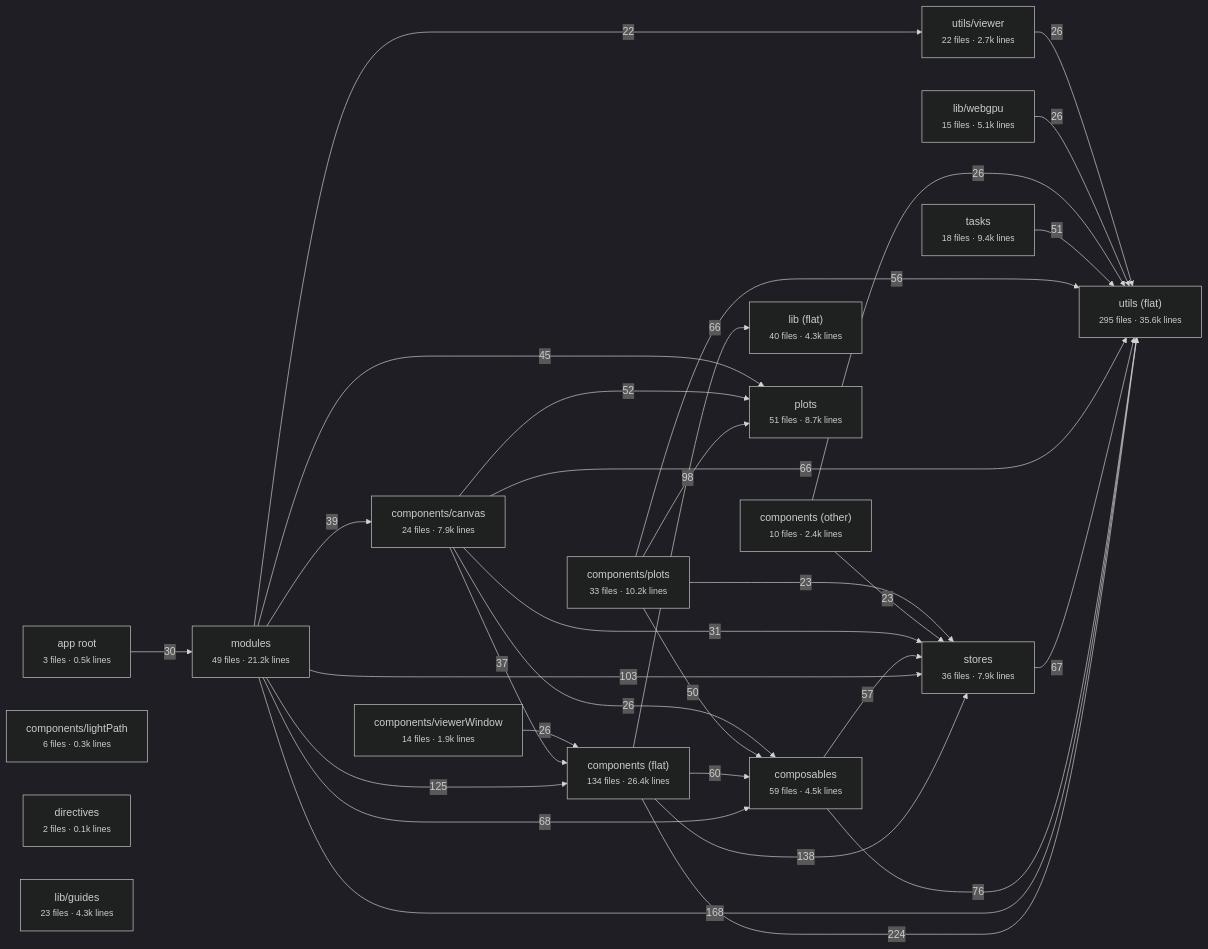
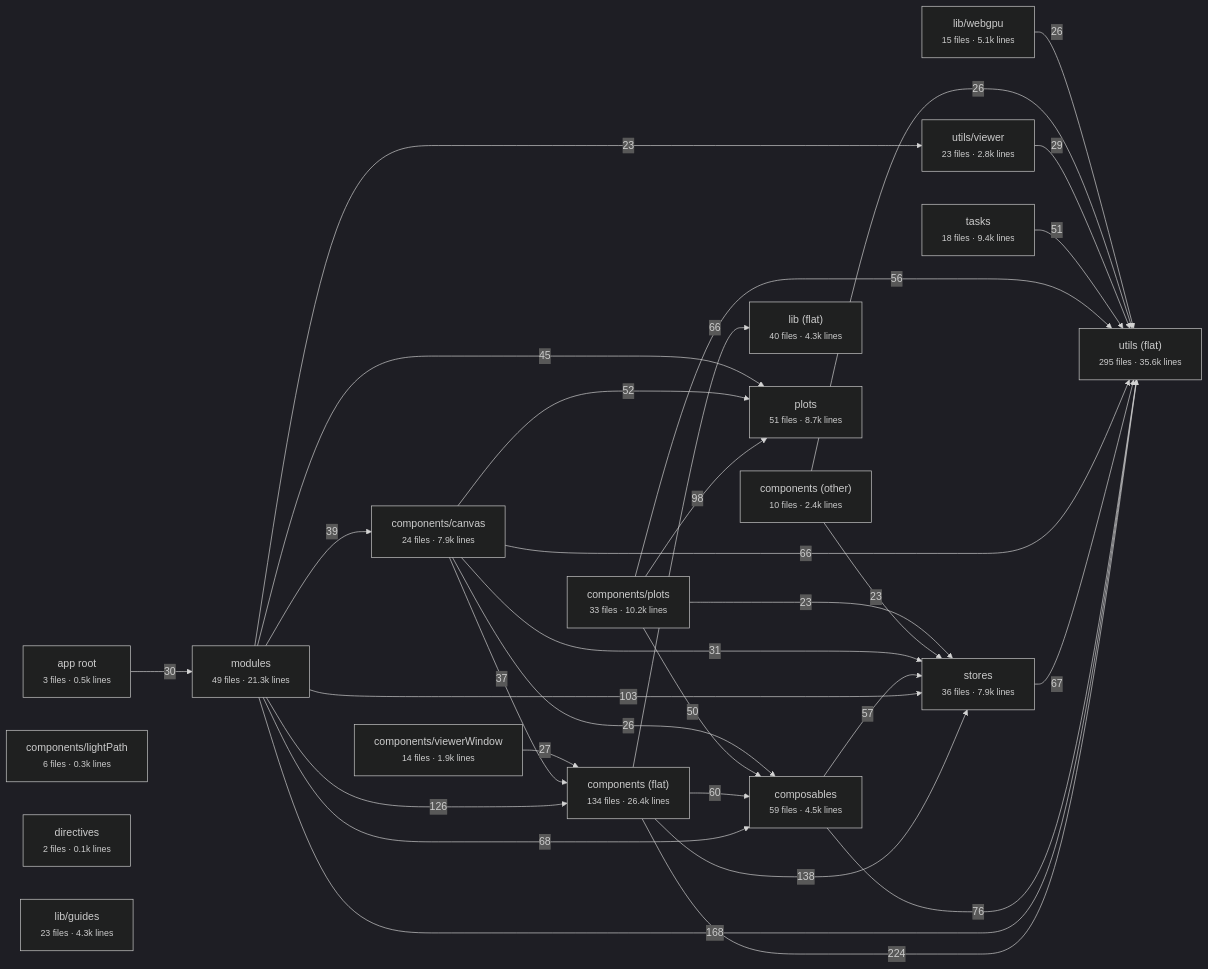
The diagram in docs/architecture/vue/layers.md (schienstockd/cecelia), drawn with Mermaid (dark theme) before and after one commit. The commit also changed other lines of this file and 78 other files, not shown here.

````diff
--- a/docs/architecture/vue/layers.md
+++ b/docs/architecture/vue/layers.md
@@ -10,51 +10,51 @@
 ```mermaid
 flowchart LR
   app_root["app root<br/><small>3 files · 0.5k lines</small>"]
   components__flat_["components (flat)<br/><small>134 files · 26.4k lines</small>"]
   components__other_["components (other)<br/><small>10 files · 2.4k lines</small>"]
   components_canvas["components/canvas<br/><small>24 files · 7.9k lines</small>"]
   components_lightPath["components/lightPath<br/><small>6 files · 0.3k lines</small>"]
   components_plots["components/plots<br/><small>33 files · 10.2k lines</small>"]
   components_viewerWindow["components/viewerWindow<br/><small>14 files · 1.9k lines</small>"]
   composables["composables<br/><small>59 files · 4.5k lines</small>"]
   directives["directives<br/><small>2 files · 0.1k lines</small>"]
   lib__flat_["lib (flat)<br/><small>40 files · 4.3k lines</small>"]
   lib_guides["lib/guides<br/><small>23 files · 4.3k lines</small>"]
   lib_webgpu["lib/webgpu<br/><small>15 files · 5.1k lines</small>"]
-  modules["modules<br/><small>49 files · 21.2k lines</small>"]
+  modules["modules<br/><small>49 files · 21.3k lines</small>"]
   plots["plots<br/><small>51 files · 8.7k lines</small>"]
   stores["stores<br/><small>36 files · 7.9k lines</small>"]
   tasks["tasks<br/><small>18 files · 9.4k lines</small>"]
   utils__flat_["utils (flat)<br/><small>295 files · 35.6k lines</small>"]
-  utils_viewer["utils/viewer<br/><small>22 files · 2.7k lines</small>"]
+  utils_viewer["utils/viewer<br/><small>23 files · 2.8k lines</small>"]
   components__flat_ -->|224| utils__flat_
   modules -->|168| utils__flat_
   components__flat_ -->|138| stores
-  modules -->|125| components__flat_
+  modules -->|126| components__flat_
   modules -->|103| stores
   components_plots -->|98| plots
   composables -->|76| utils__flat_
   modules -->|68| composables
   stores -->|67| utils__flat_
   components__flat_ -->|66| lib__flat_
   components_canvas -->|66| utils__flat_
   components__flat_ -->|60| composables
   composables -->|57| stores
   components_plots -->|56| utils__flat_
   components_canvas -->|52| plots
   tasks -->|51| utils__flat_
   components_plots -->|50| composables
   modules -->|45| plots
   modules -->|39| components_canvas
   components_canvas -->|37| components__flat_
   components_canvas -->|31| stores
   app_root -->|30| modules
+  utils_viewer -->|29| utils__flat_
+  components_viewerWindow -->|27| components__flat_
   components__other_ -->|26| utils__flat_
   components_canvas -->|26| composables
-  components_viewerWindow -->|26| components__flat_
   lib_webgpu -->|26| utils__flat_
-  utils_viewer -->|26| utils__flat_
   components__other_ -->|23| stores
   components_plots -->|23| stores
-  modules -->|22| utils_viewer
+  modules -->|23| utils_viewer
 ```
````
